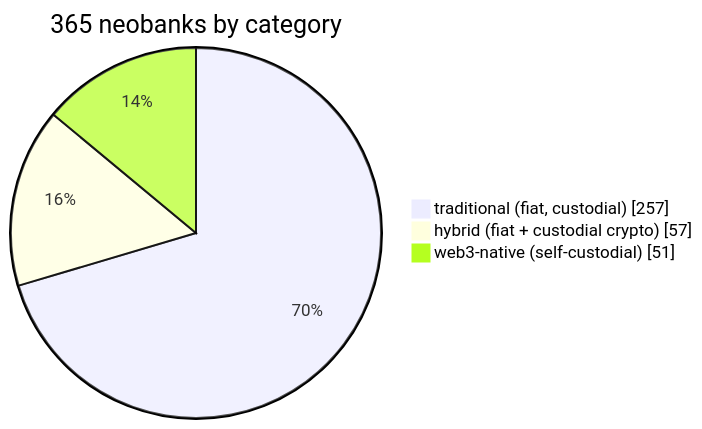
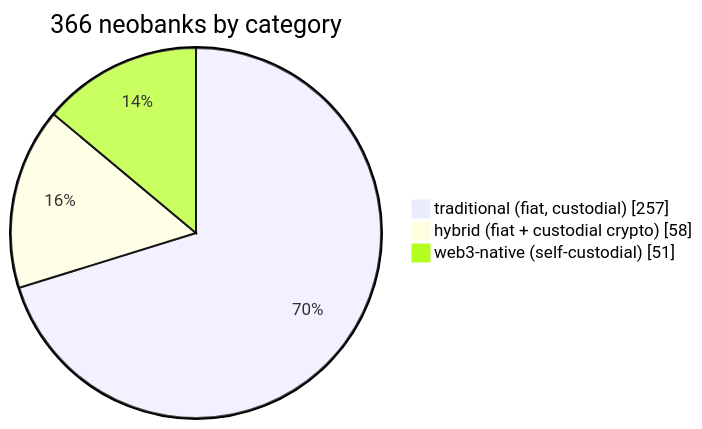
One commit to andreolf/neobankbeat changed the first of 3 diagrams in README.md. Above: the diagram before and after it, drawn with Mermaid. The commit also changed other lines of this file and 738 other files, not shown here.

````diff
--- a/README.md
+++ b/README.md
@@ -41,6 +41,6 @@
 ```mermaid
-pie showData title 365 neobanks by category
+pie showData title 366 neobanks by category
     "traditional (fiat, custodial)" : 257
-    "hybrid (fiat + custodial crypto)" : 57
+    "hybrid (fiat + custodial crypto)" : 58
     "web3-native (self-custodial)" : 51
 ```
````
